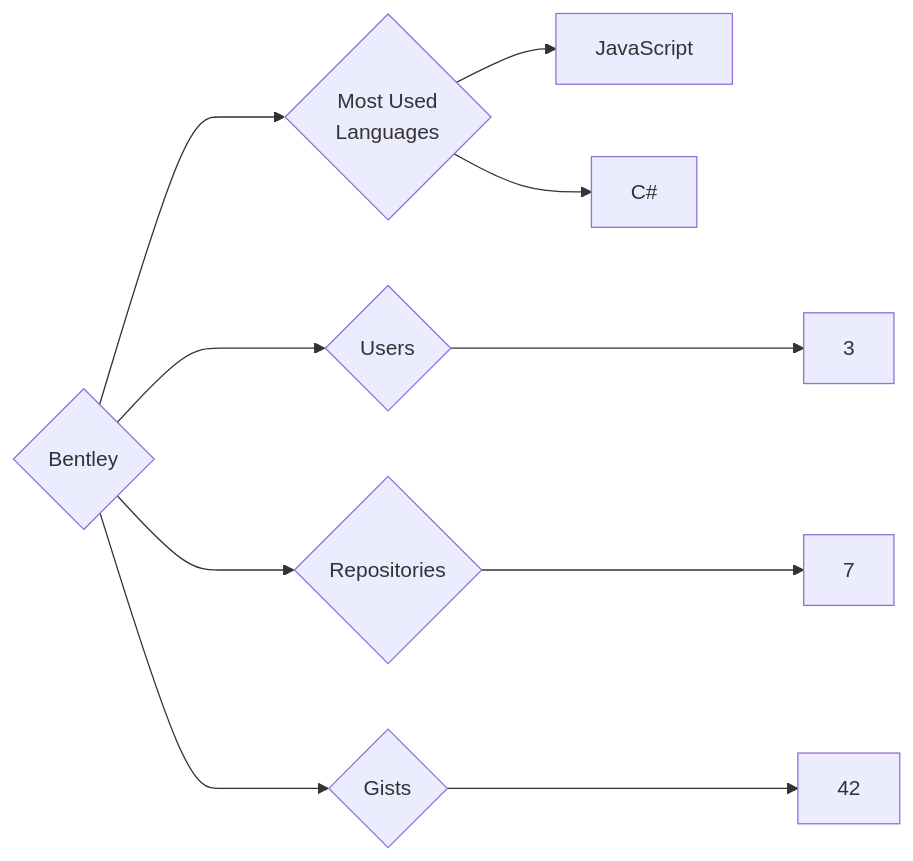
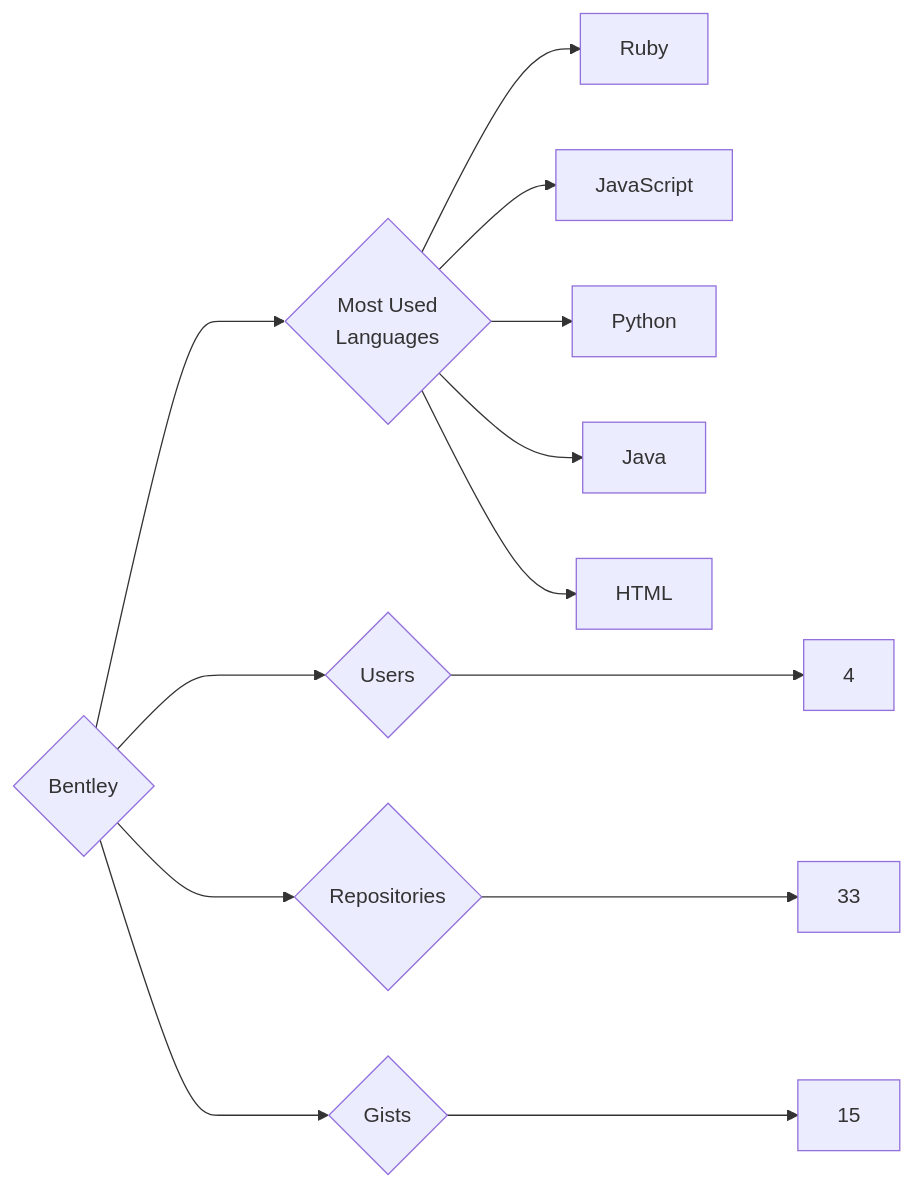
The diagram in targets/Bentley/README.md (trickest/insiders), drawn with Mermaid before and after one commit. The commit also changed 865 other files, not shown here.

````diff
--- a/targets/Bentley/README.md
+++ b/targets/Bentley/README.md
@@ -3,10 +3,13 @@
 ```mermaid
 graph LR
 COMPANY_NAME{Bentley}
-COMPANY_NAME ---> U{Users} ---> UN[3]
-COMPANY_NAME ---> R{Repositories} ---> RN[7]
-COMPANY_NAME ---> G{Gists} ---> GN[42]
+COMPANY_NAME ---> U{Users} ---> UN[4]
+COMPANY_NAME ---> R{Repositories} ---> RN[33]
+COMPANY_NAME ---> G{Gists} ---> GN[15]
 COMPANY_NAME ---> ML{Most Used<br>Languages}
+ML --> Ruby[Ruby]
 ML --> JavaScript[JavaScript]
-ML --> C#[C#]
+ML --> Python[Python]
+ML --> Java[Java]
+ML --> HTML[HTML]
 ```
````
